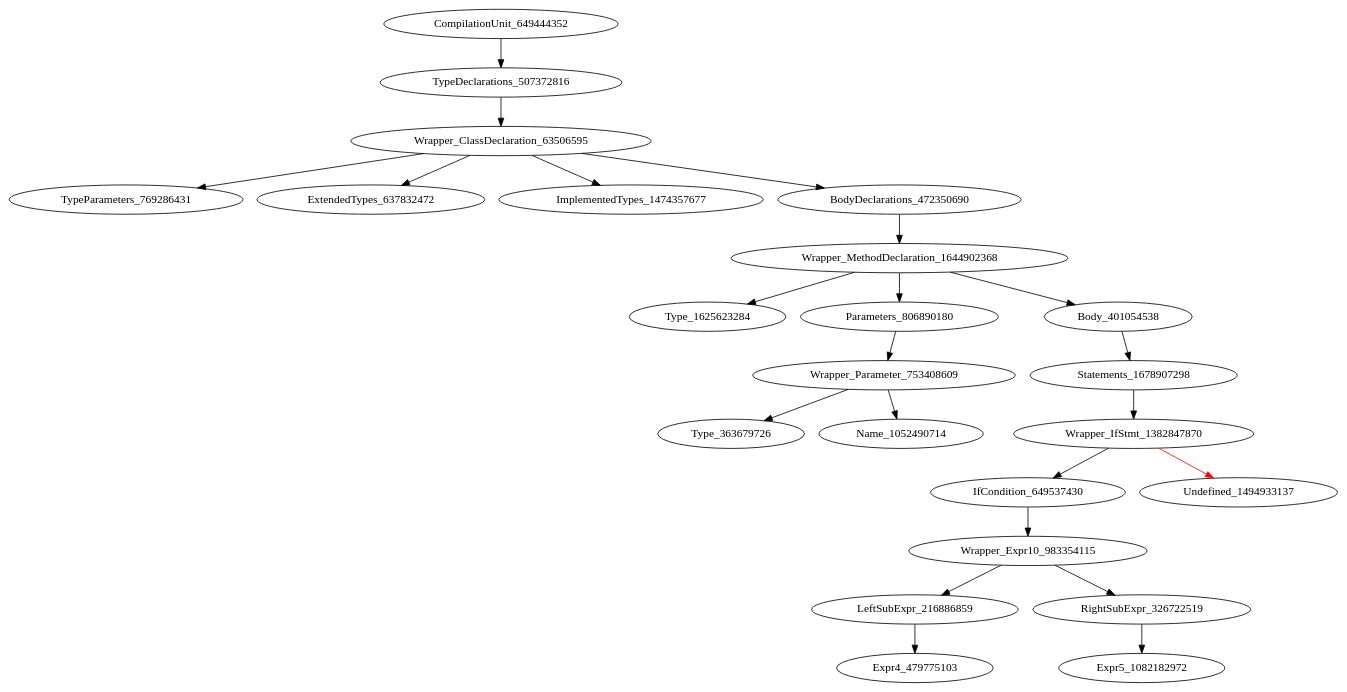
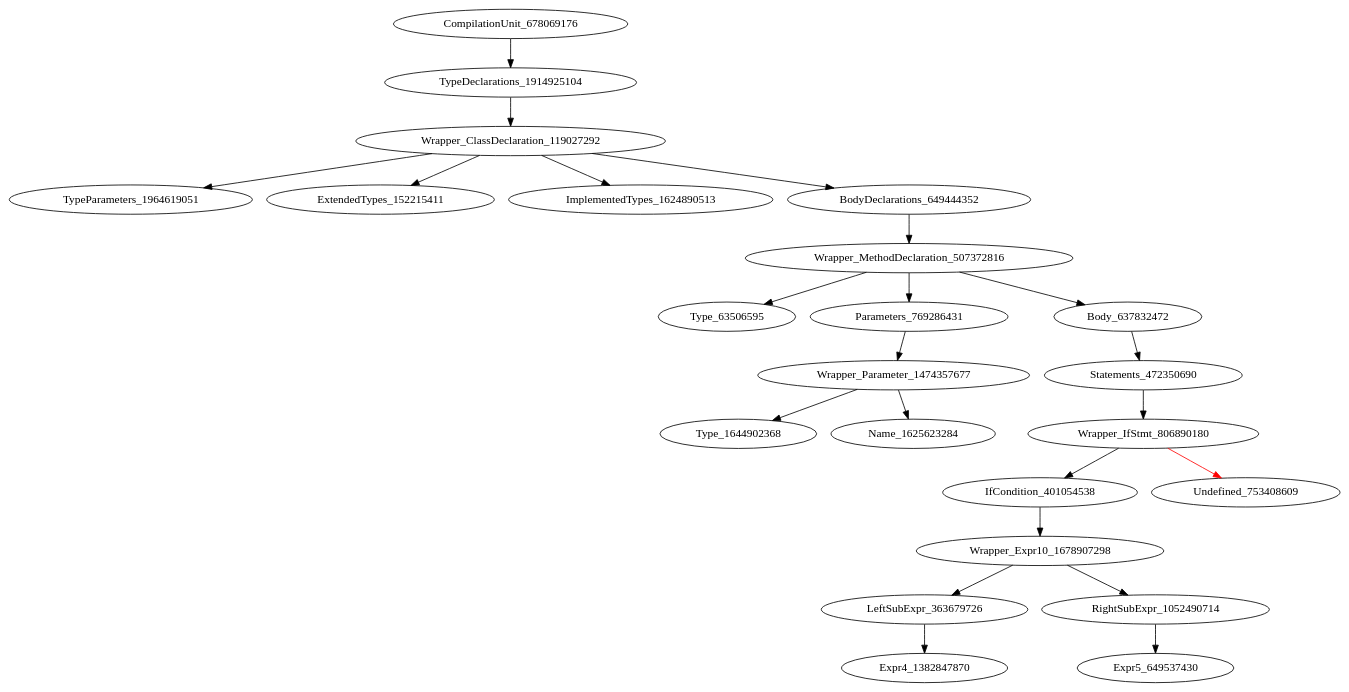
The diagram in holeAST.dot (icse2023material/VoiceJava), drawn with Graphviz before and after one commit. The commit also changed 3 other files, not shown here.

```diff
--- a/holeAST.dot
+++ b/holeAST.dot
@@ -1,24 +1,24 @@
 digraph {
-CompilationUnit_649444352 -> TypeDeclarations_507372816
-TypeDeclarations_507372816 -> Wrapper_ClassDeclaration_63506595
-Wrapper_ClassDeclaration_63506595 -> TypeParameters_769286431
-Wrapper_ClassDeclaration_63506595 -> ExtendedTypes_637832472
-Wrapper_ClassDeclaration_63506595 -> ImplementedTypes_1474357677
-Wrapper_ClassDeclaration_63506595 -> BodyDeclarations_472350690
-BodyDeclarations_472350690 -> Wrapper_MethodDeclaration_1644902368
-Wrapper_MethodDeclaration_1644902368 -> Type_1625623284
-Wrapper_MethodDeclaration_1644902368 -> Parameters_806890180
-Wrapper_MethodDeclaration_1644902368 -> Body_401054538
-Parameters_806890180 -> Wrapper_Parameter_753408609
-Body_401054538 -> Statements_1678907298
-Wrapper_Parameter_753408609 -> Type_363679726
-Wrapper_Parameter_753408609 -> Name_1052490714
-Statements_1678907298 -> Wrapper_IfStmt_1382847870
-Wrapper_IfStmt_1382847870 -> IfCondition_649537430
-Wrapper_IfStmt_1382847870 -> Undefined_1494933137 [color = red] 
-IfCondition_649537430 -> Wrapper_Expr10_983354115
-Wrapper_Expr10_983354115 -> LeftSubExpr_216886859
-Wrapper_Expr10_983354115 -> RightSubExpr_326722519
-LeftSubExpr_216886859 -> Expr4_479775103
-RightSubExpr_326722519 -> Expr5_1082182972
+CompilationUnit_678069176 -> TypeDeclarations_1914925104
+TypeDeclarations_1914925104 -> Wrapper_ClassDeclaration_119027292
+Wrapper_ClassDeclaration_119027292 -> TypeParameters_1964619051
+Wrapper_ClassDeclaration_119027292 -> ExtendedTypes_152215411
+Wrapper_ClassDeclaration_119027292 -> ImplementedTypes_1624890513
+Wrapper_ClassDeclaration_119027292 -> BodyDeclarations_649444352
+BodyDeclarations_649444352 -> Wrapper_MethodDeclaration_507372816
+Wrapper_MethodDeclaration_507372816 -> Type_63506595
+Wrapper_MethodDeclaration_507372816 -> Parameters_769286431
+Wrapper_MethodDeclaration_507372816 -> Body_637832472
+Parameters_769286431 -> Wrapper_Parameter_1474357677
+Body_637832472 -> Statements_472350690
+Wrapper_Parameter_1474357677 -> Type_1644902368
+Wrapper_Parameter_1474357677 -> Name_1625623284
+Statements_472350690 -> Wrapper_IfStmt_806890180
+Wrapper_IfStmt_806890180 -> IfCondition_401054538
+Wrapper_IfStmt_806890180 -> Undefined_753408609 [color = red] 
+IfCondition_401054538 -> Wrapper_Expr10_1678907298
+Wrapper_Expr10_1678907298 -> LeftSubExpr_363679726
+Wrapper_Expr10_1678907298 -> RightSubExpr_1052490714
+LeftSubExpr_363679726 -> Expr4_1382847870
+RightSubExpr_1052490714 -> Expr5_649537430
 }
```
